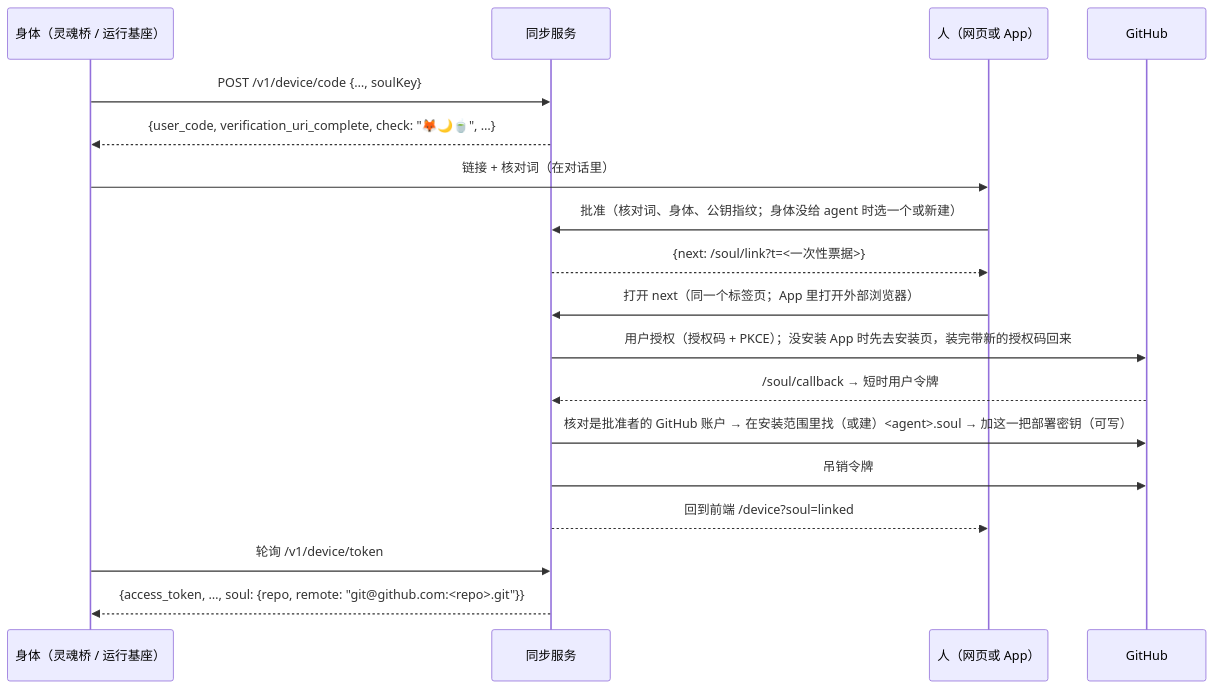
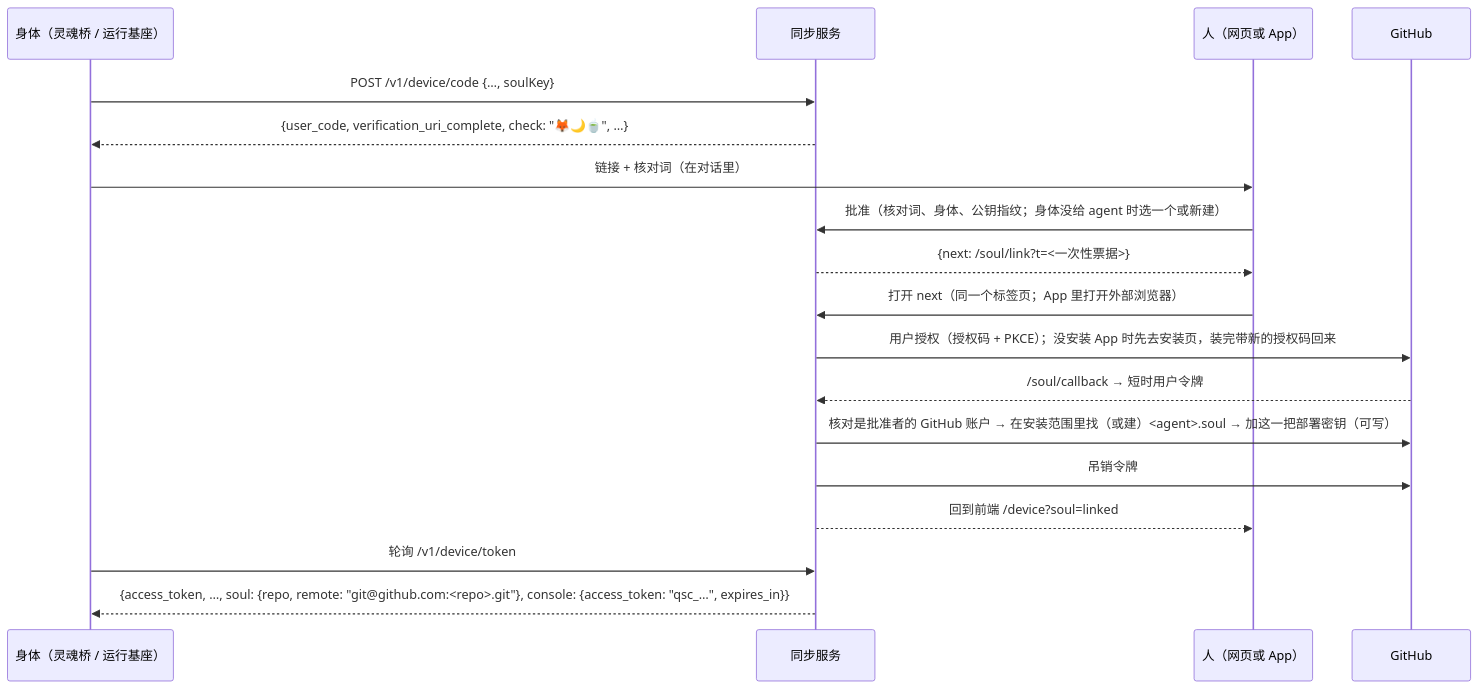
Before and after one commit to Causally-XYZ/Project.Quetzal: the second of 3 diagrams in sync/docs/PROTOCOL.md, drawn with Mermaid. The commit also changed other lines of this file and 2 other files, not shown here.

Commit message:
同步服务：一次登录——批准运行基座时同一次批准也发控制台登录（console.access_token，与单独的控制台登录同一种令牌，随身体解绑作废；灵魂桥不发），App 不用再批准第二次就能管理账户（有测试，协议文档同步）

````diff
--- a/sync/docs/PROTOCOL.md
+++ b/sync/docs/PROTOCOL.md
@@ -54,20 +54,20 @@
 ```mermaid
 sequenceDiagram
   participant B as 身体（灵魂桥 / 运行基座）
   participant S as 同步服务
   participant U as 人（网页或 App）
   participant G as GitHub
   B->>S: POST /v1/device/code {…, soulKey}
   S-->>B: {user_code, verification_uri_complete, check: "🦊🌙🍵", …}
   B->>U: 链接 + 核对词（在对话里）
   U->>S: 批准（核对词、身体、公钥指纹；身体没给 agent 时选一个或新建）
   S-->>U: {next: /soul/link?t=<一次性票据>}
   U->>S: 打开 next（同一个标签页；App 里打开外部浏览器）
   S->>G: 用户授权（授权码 + PKCE）；没安装 App 时先去安装页，装完带新的授权码回来
   G-->>S: /soul/callback → 短时用户令牌
   S->>G: 核对是批准者的 GitHub 账户 → 在安装范围里找（或建）<agent>.soul → 加这一把部署密钥（可写）
   S->>G: 吊销令牌
   S-->>U: 回到前端 /device?soul=linked
   B->>S: 轮询 /v1/device/token
-  S-->>B: {access_token, …, soul: {repo, remote: "git@github.com:<repo>.git"}}
+  S-->>B: {access_token, …, soul: {repo, remote: "git@github.com:<repo>.git"}, console: {access_token: "qsc_…", expires_in}}
 ```
````
